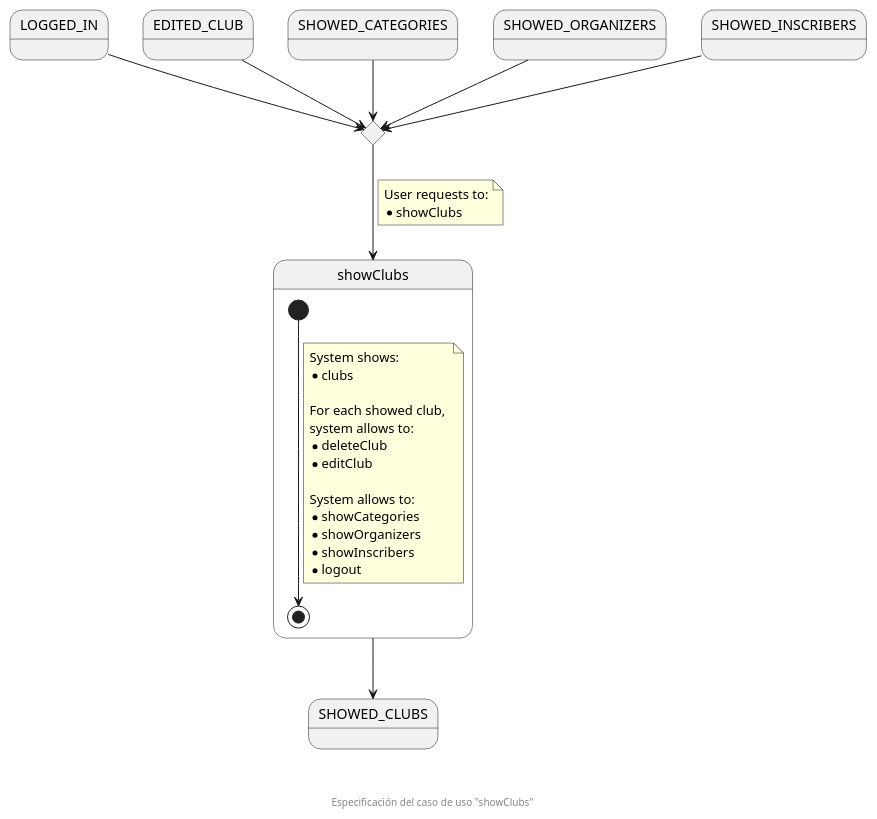
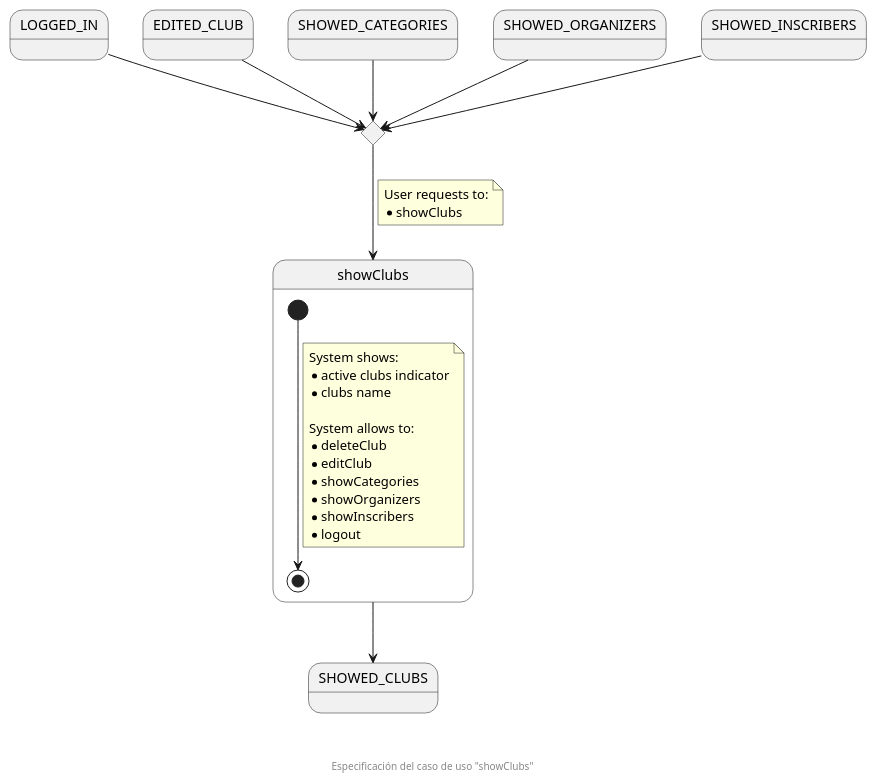
One commit to zuldare/mastercloud_pfm_halterocms changed the diagram in documentation/diagrams/1_requirements/3_useCasesSpecification/organizationSecretary/04_showClubs.puml. Above: the diagram before and after it, drawn with PlantUML.

Commit message:
Add more detail to clubs showed data

```diff
--- a/documentation/diagrams/1_requirements/3_useCasesSpecification/organizationSecretary/04_showClubs.puml
+++ b/documentation/diagrams/1_requirements/3_useCasesSpecification/organizationSecretary/04_showClubs.puml
@@ -1,44 +1,42 @@
 @startuml
 state LOGGED_IN
 state EDITED_CLUB
 state SHOWED_CATEGORIES
 state SHOWED_ORGANIZERS
 state SHOWED_INSCRIBERS
 
 state enterShowClubsCHC <<choice>>
 
 state showClubs {
   [*] --> [*]
   note on link
     System shows:
-    * clubs
+    * active clubs indicator
+    * clubs name
 
-    For each showed club, 
-    system allows to:
+    System allows to:
     * deleteClub
     * editClub
-
-    System allows to:
     * showCategories
     * showOrganizers
     * showInscribers
     * logout
   end note
 }
 state SHOWED_CLUBS
 
 LOGGED_IN --> enterShowClubsCHC
 EDITED_CLUB --> enterShowClubsCHC
 SHOWED_CATEGORIES --> enterShowClubsCHC
 SHOWED_ORGANIZERS --> enterShowClubsCHC
 SHOWED_INSCRIBERS --> enterShowClubsCHC
 
 enterShowClubsCHC --> showClubs
 note on link
   User requests to:
   * showClubs
 end note
 showClubs --> SHOWED_CLUBS
 
 footer \n\n\n Especificación del caso de uso "showClubs"
 @enduml
```
